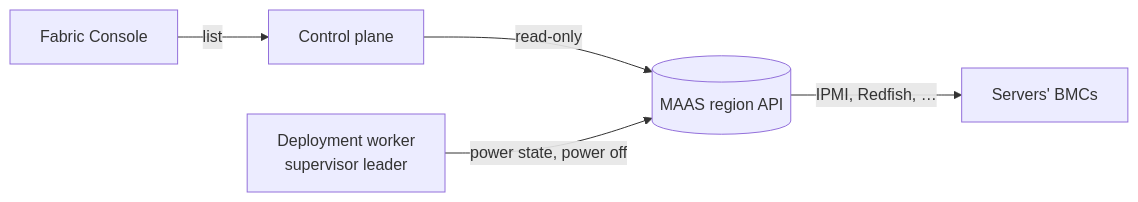
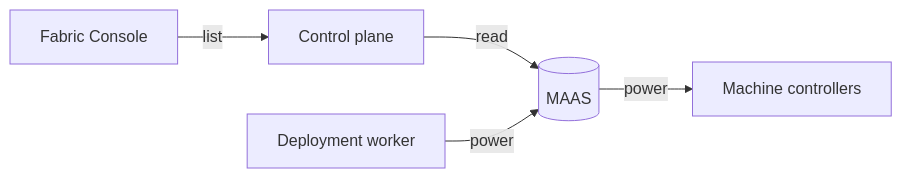
The diagram in content/docs/design/provisioner-maas.md (Apelora/apelora.github.io), drawn with Mermaid before and after one commit. The commit also changed other lines of this file and 117 other files, not shown here.

First line of the commit message:
Publish enrolment, MAAS, and virtual-machine recovery as reference pages.

````diff
--- a/content/docs/design/provisioner-maas.md
+++ b/content/docs/design/provisioner-maas.md
@@ -25,7 +33,7 @@
 ```mermaid
 flowchart LR
   console[Fabric Console] -->|list| api[Control plane]
-  api -->|read-only| maas[(MAAS region API)]
-  worker[Deployment worker<br/>supervisor leader] -->|power state, power off| maas
-  maas -->|IPMI, Redfish, …| bmc[Servers' BMCs]
+  api -->|read| maas[(MAAS)]
+  worker[Deployment worker] -->|power| maas
+  maas -->|power| bmc[Machine controllers]
 ```
````
